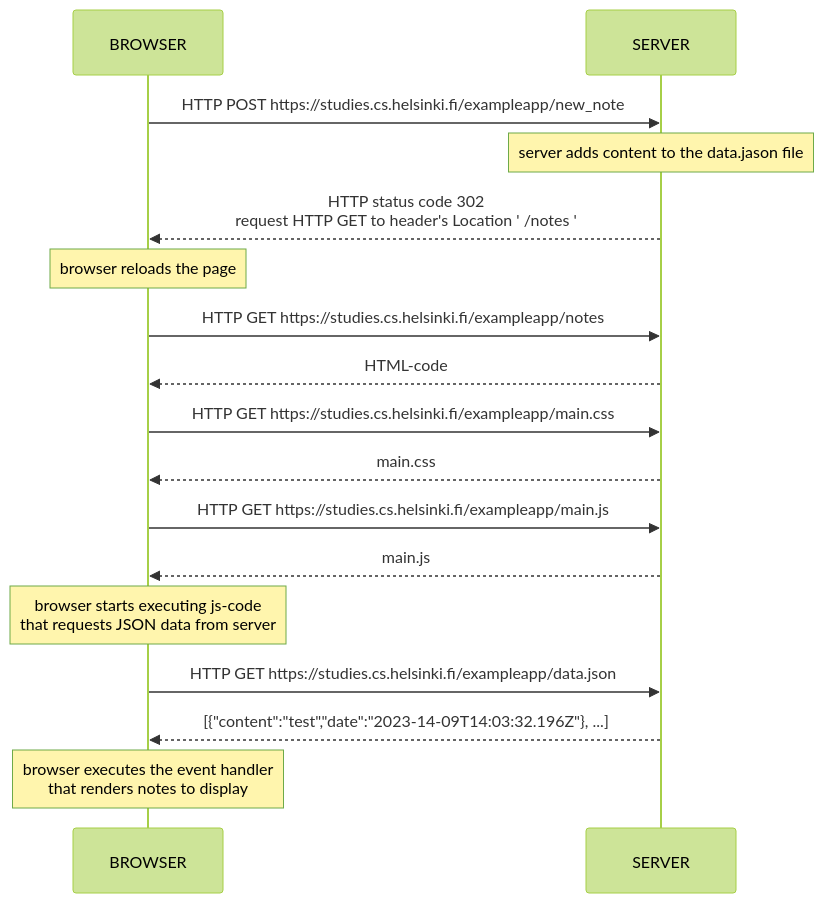
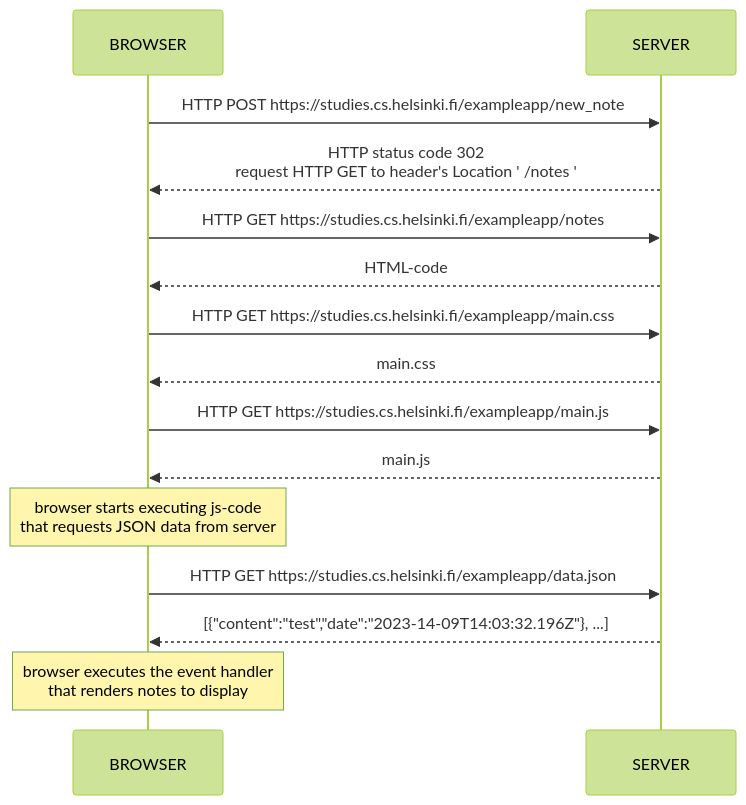
One commit to OVCZAR/Zawodowy changed the diagram in Folder/0.4.md. Above: the diagram before and after it, drawn with Mermaid (forest theme).

````diff
--- a/Folder/0.4.md
+++ b/Folder/0.4.md
@@ -1,23 +1,21 @@
 ```mermaid
 sequenceDiagram
 
     BROWSER->>SERVER: HTTP POST https://studies.cs.helsinki.fi/exampleapp/new_note
-    Note over SERVER: server adds content to the data.jason file
     SERVER-->>BROWSER: HTTP status code 302 <br> request HTTP GET to header's Location ' /notes '
-    Note over BROWSER: browser reloads the page
     BROWSER->>SERVER: HTTP GET https://studies.cs.helsinki.fi/exampleapp/notes
     SERVER-->>BROWSER: HTML-code
     BROWSER->>SERVER: HTTP GET https://studies.cs.helsinki.fi/exampleapp/main.css
     SERVER-->>BROWSER: main.css
     BROWSER->>SERVER: HTTP GET https://studies.cs.helsinki.fi/exampleapp/main.js
     SERVER-->>BROWSER: main.js
 
     Note over BROWSER: browser starts executing js-code <br> that requests JSON data from server 
 
     BROWSER->>SERVER: HTTP GET https://studies.cs.helsinki.fi/exampleapp/data.json
     SERVER-->>BROWSER: [{"content":"test","date":"2023-14-09T14:03:32.196Z"}, ...]
 
     note over BROWSER: browser executes the event handler <br> that renders notes to display
 
 
 ```
````
